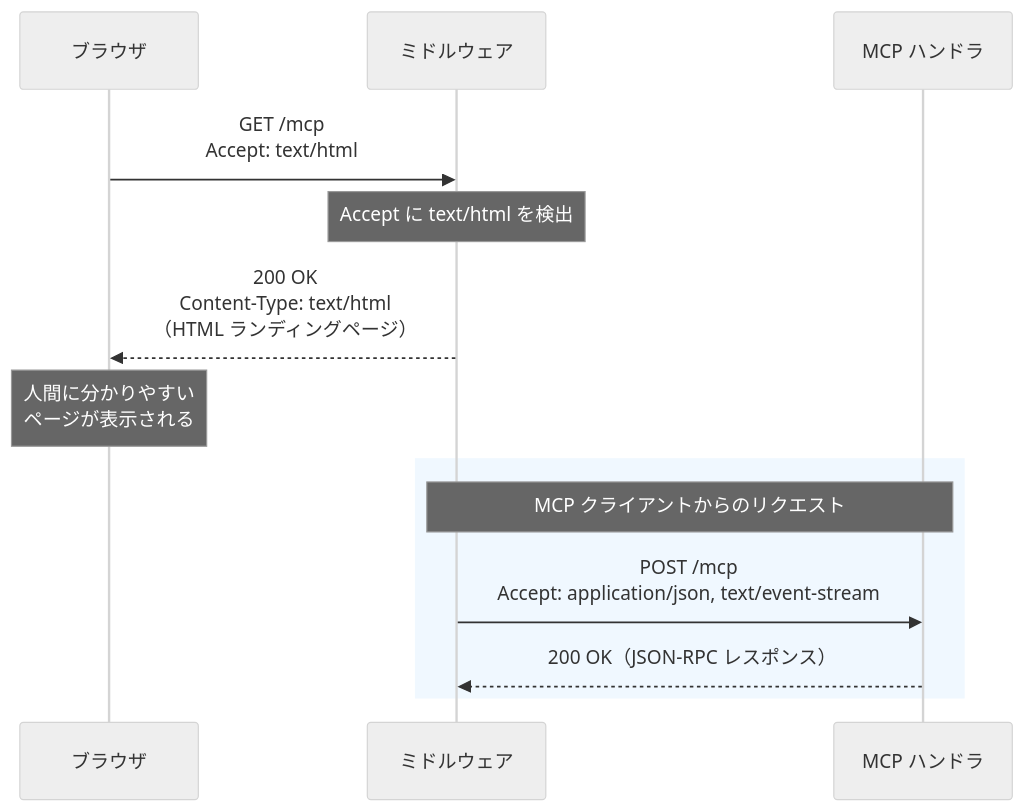
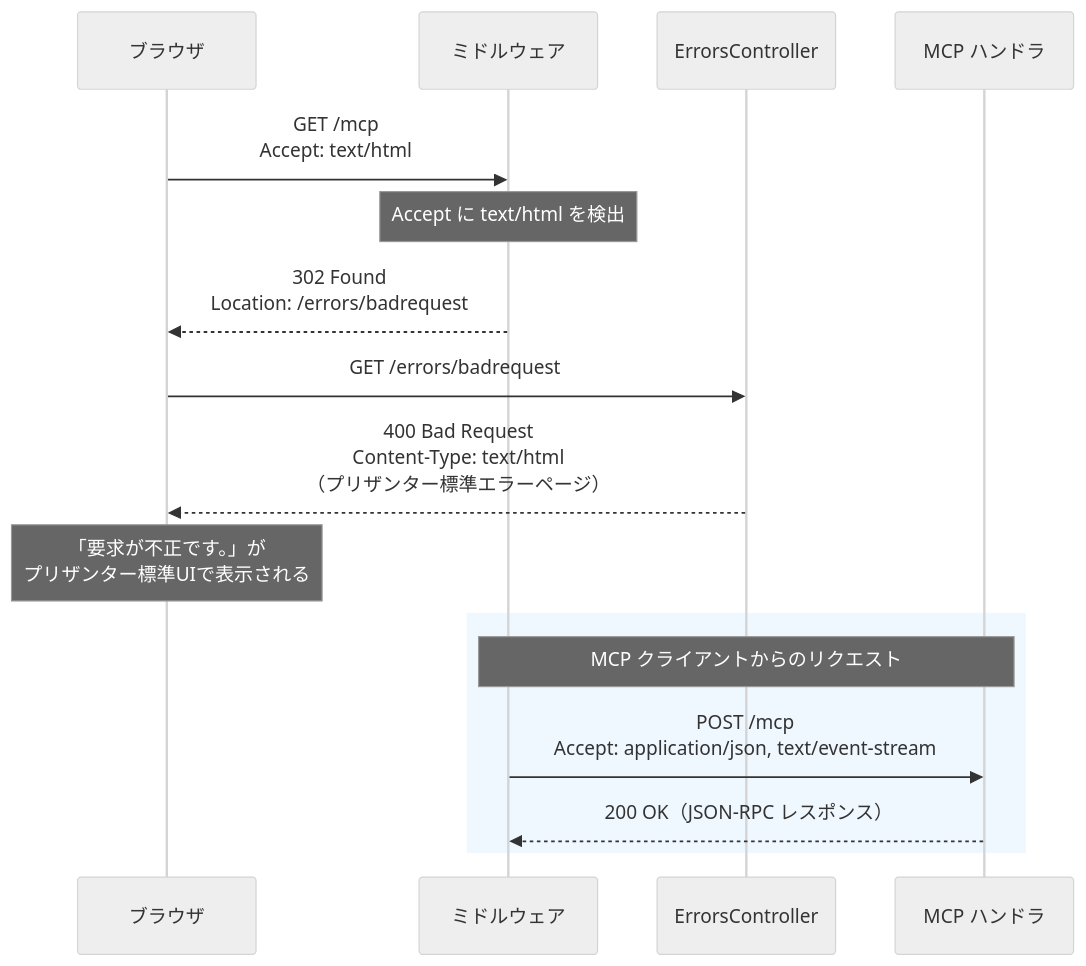
The third of 3 diagrams in docs/research/20-開発ワークフロー/002-MCPサーバエンドポイントのブラウザアクセス対策.md (vehiclevisionjp/VehicleVision.Pleasanter.ResearchDocuments), drawn with Mermaid (neutral theme) before and after one commit. The commit also changed other lines of this file, not shown here.

Commit message:
docs: 既存エラーページ流用方式に対策を変更（ErrorsController/HtmlTemplates.Error へのリダイレクト）

````diff
--- a/docs/research/20-開発ワークフロー/002-MCPサーバエンドポイントのブラウザアクセス対策.md
+++ b/docs/research/20-開発ワークフロー/002-MCPサーバエンドポイントのブラウザアクセス対策.md
@@ -432,18 +491,21 @@
 ```mermaid
 sequenceDiagram
     participant Browser as ブラウザ
     participant MW as ミドルウェア
+    participant Errors as ErrorsController
     participant MCP as MCP ハンドラ
 
     Browser->>MW: GET /mcp<br>Accept: text/html
     Note over MW: Accept に text/html を検出
-    MW-->>Browser: 200 OK<br>Content-Type: text/html<br>（HTML ランディングページ）
+    MW-->>Browser: 302 Found<br>Location: /errors/badrequest
+    Browser->>Errors: GET /errors/badrequest
+    Errors-->>Browser: 400 Bad Request<br>Content-Type: text/html<br>（プリザンター標準エラーページ）
 
-    Note over Browser: 人間に分かりやすい<br>ページが表示される
+    Note over Browser: 「要求が不正です。」が<br>プリザンター標準UIで表示される
 
     rect rgb(240, 248, 255)
     Note over MW, MCP: MCP クライアントからのリクエスト
     MW->>MCP: POST /mcp<br>Accept: application/json, text/event-stream
     MCP-->>MW: 200 OK（JSON-RPC レスポンス）
     end
 ```
````
